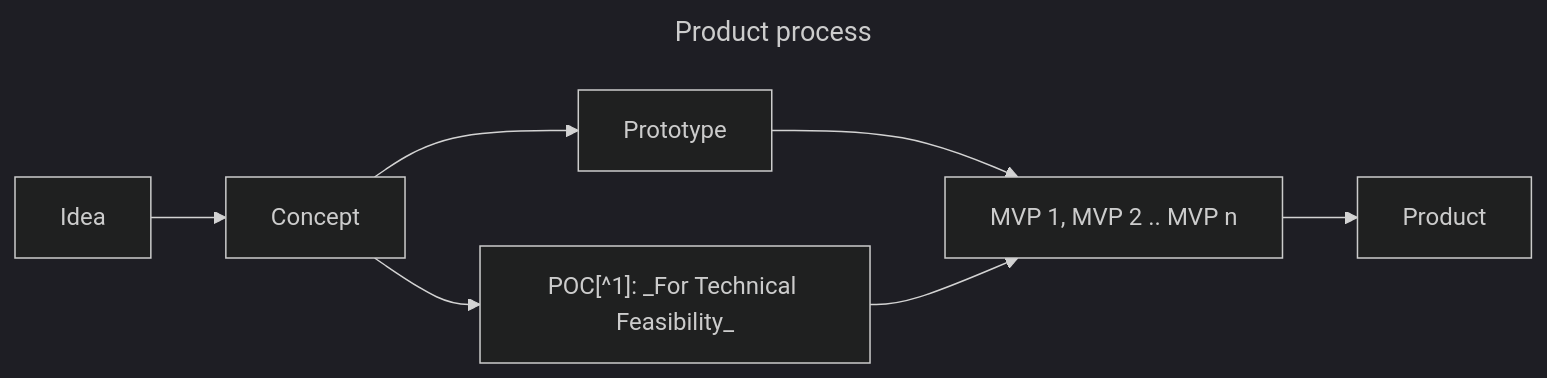
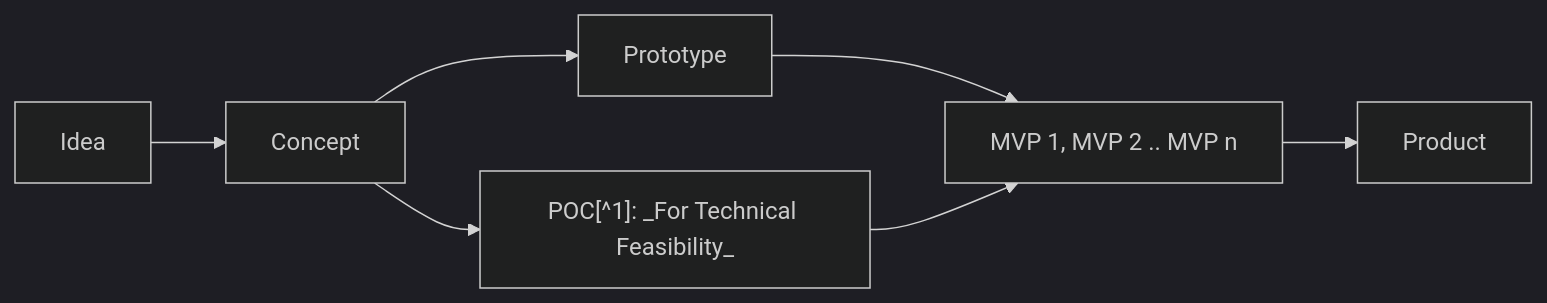
The third of 3 diagrams in _posts/2025-07-03-this-is-prototype-book.md (knatarasan/knatarasan.github.io), drawn with Mermaid (dark theme) before and after one commit. The commit also changed other lines of this file, not shown here.

````diff
--- a/_posts/2025-07-03-this-is-prototype-book.md
+++ b/_posts/2025-07-03-this-is-prototype-book.md
@@ -95,11 +89,8 @@
 ```mermaid
----
-title: Product process
----
 flowchart LR
 Idea --> C[Concept] 
 C --> PT[Prototype] 
 C --> POC["POC[^1]": _For Technical Feasibility_]
 PT --> MVP[MVP 1, MVP 2 .. MVP n]
 POC --> MVP --> Product
 ```
````
